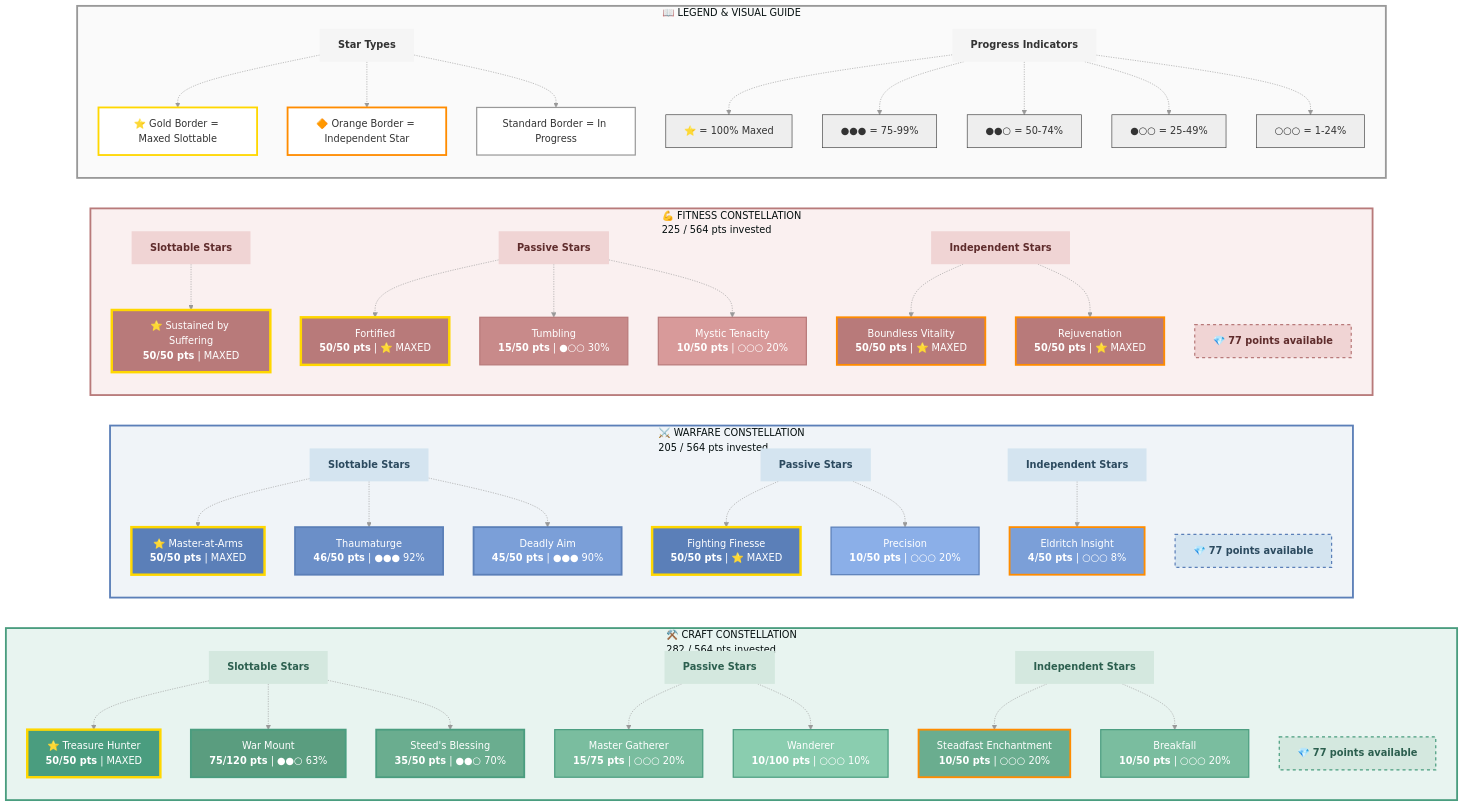
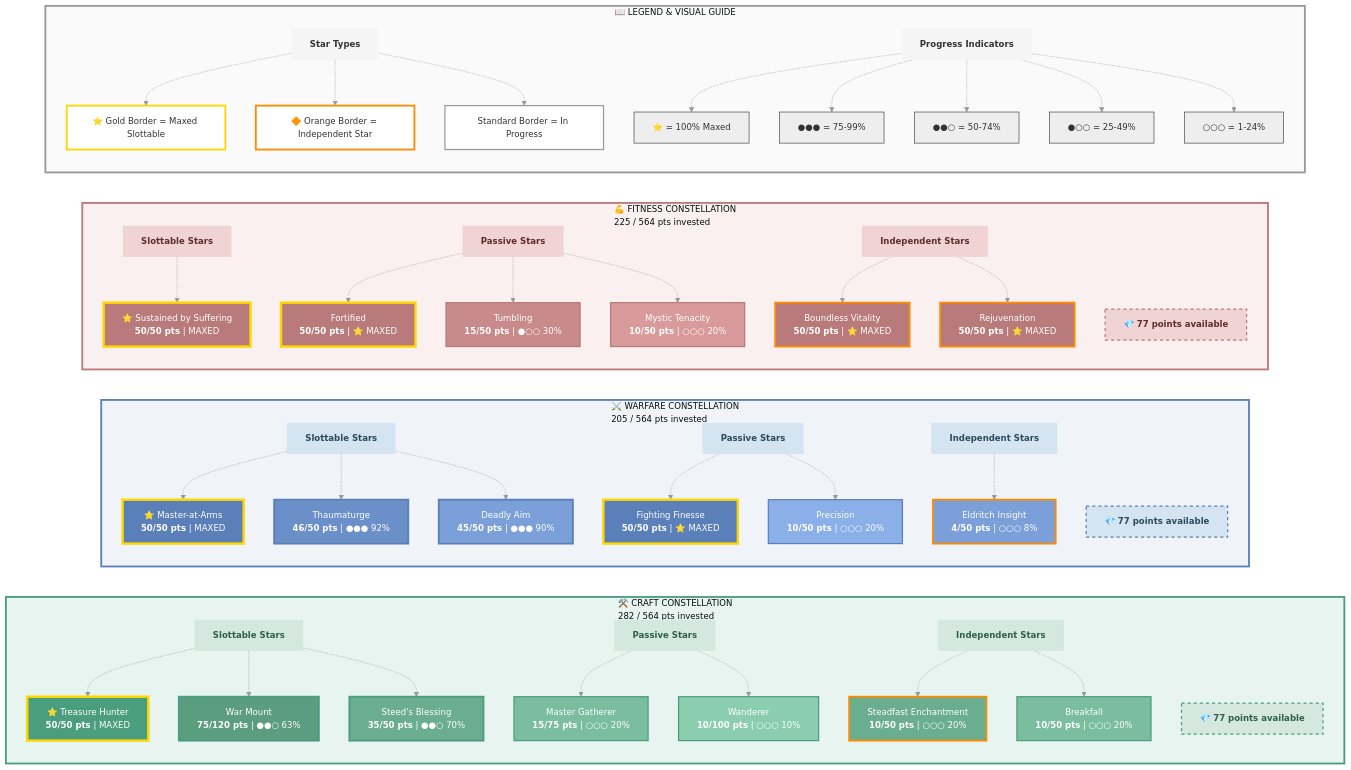
Before and after one commit to solaegis/CharacterMarkdown: the diagram in example.md, drawn with Mermaid. The commit also changed 43 other files, not shown here.

````diff
--- a/example.md
+++ b/example.md
@@ -1,5 +1,5 @@
 ```mermaid
-%%{init: {'theme':'base', 'themeVariables': { 'primaryColor':'#e8f4f0','primaryTextColor':'#000','primaryBorderColor':'#4a9d7f','lineColor':'#999','secondaryColor':'#f0f4f8','tertiaryColor':'#faf0f0'}}}%%
+%%{init: {'theme':'base', 'themeVariables': { 'background':'transparent','fontSize':'14px','primaryColor':'#e8f4f0','primaryTextColor':'#000','primaryBorderColor':'#4a9d7f','lineColor':'#999','secondaryColor':'#f0f4f8','tertiaryColor':'#faf0f0'}}}%%
 
 graph LR
   %% Champion Point Investment Visualization
````
